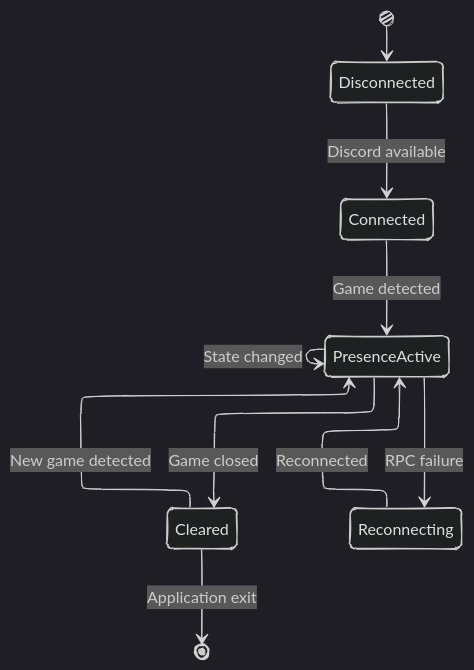
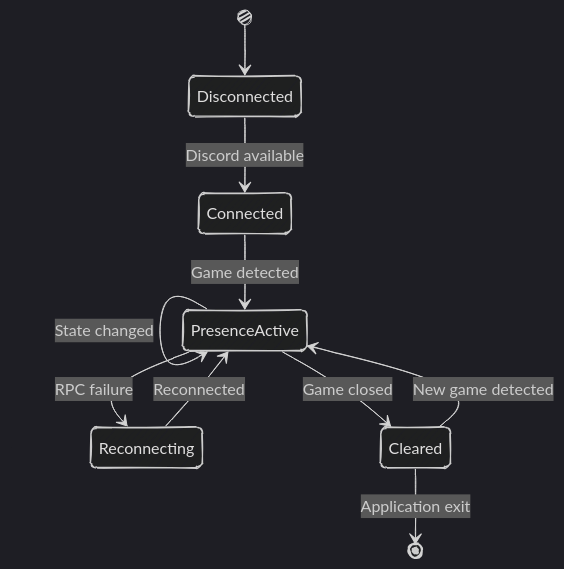
The sixth of 6 diagrams in docs/ARCHITECTURE.md (ramadhafidz/emulator-switch-discordrpc), drawn with Mermaid before and after one commit.

Commit message:
docs: Remove Unsupported Architecture Diagram Option

````diff
--- a/docs/ARCHITECTURE.md
+++ b/docs/ARCHITECTURE.md
@@ -455,18 +455,17 @@
 ```mermaid
 ---
 config:
   theme: dark
   look: handDrawn
-  layout: elk
 ---
 stateDiagram-v2
 	[*] --> Disconnected
 	Disconnected --> Connected: Discord available
 	Connected --> PresenceActive: Game detected
 	PresenceActive --> PresenceActive: State changed
 	PresenceActive --> Cleared: Game closed
 	PresenceActive --> Reconnecting: RPC failure
 	Reconnecting --> PresenceActive: Reconnected
 	Cleared --> PresenceActive: New game detected
 	Cleared --> [*]: Application exit
 ```
````
